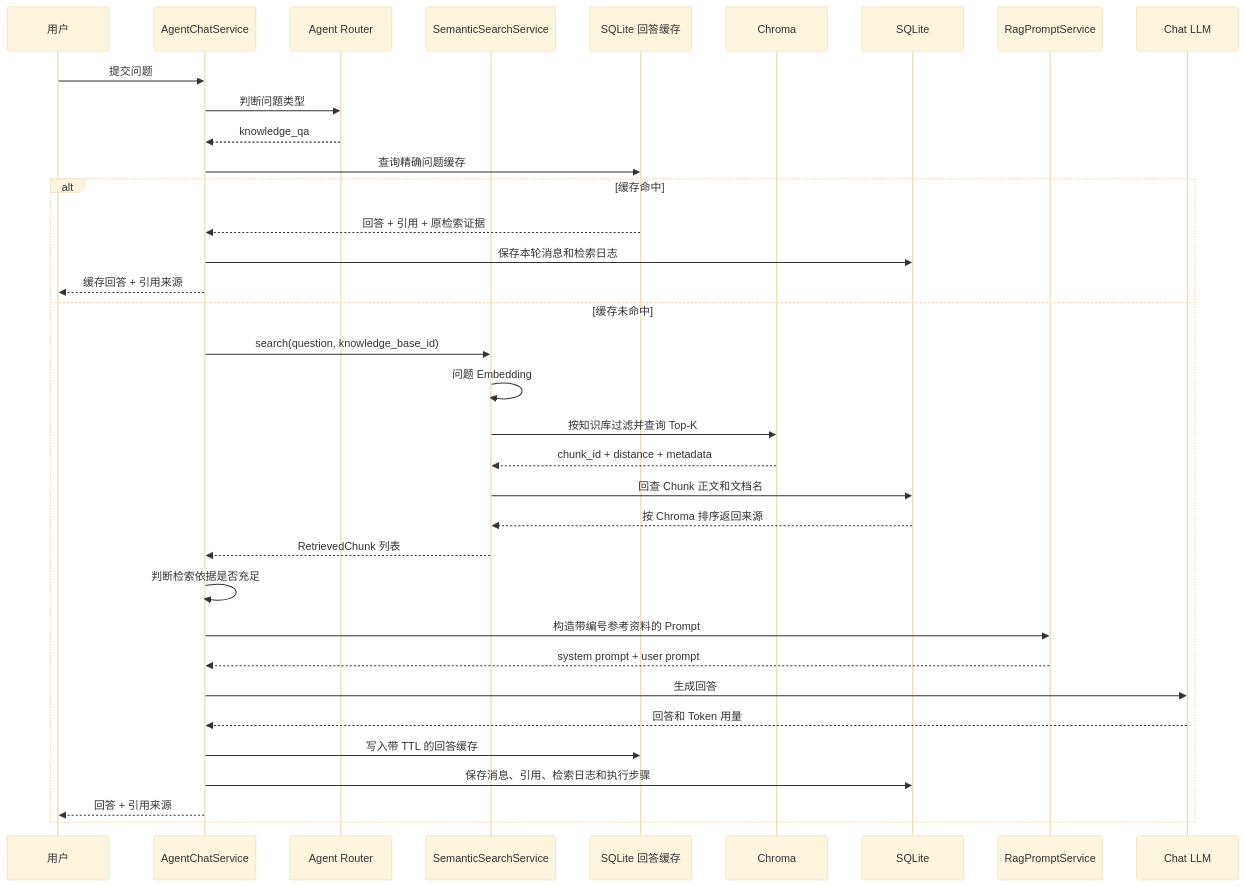
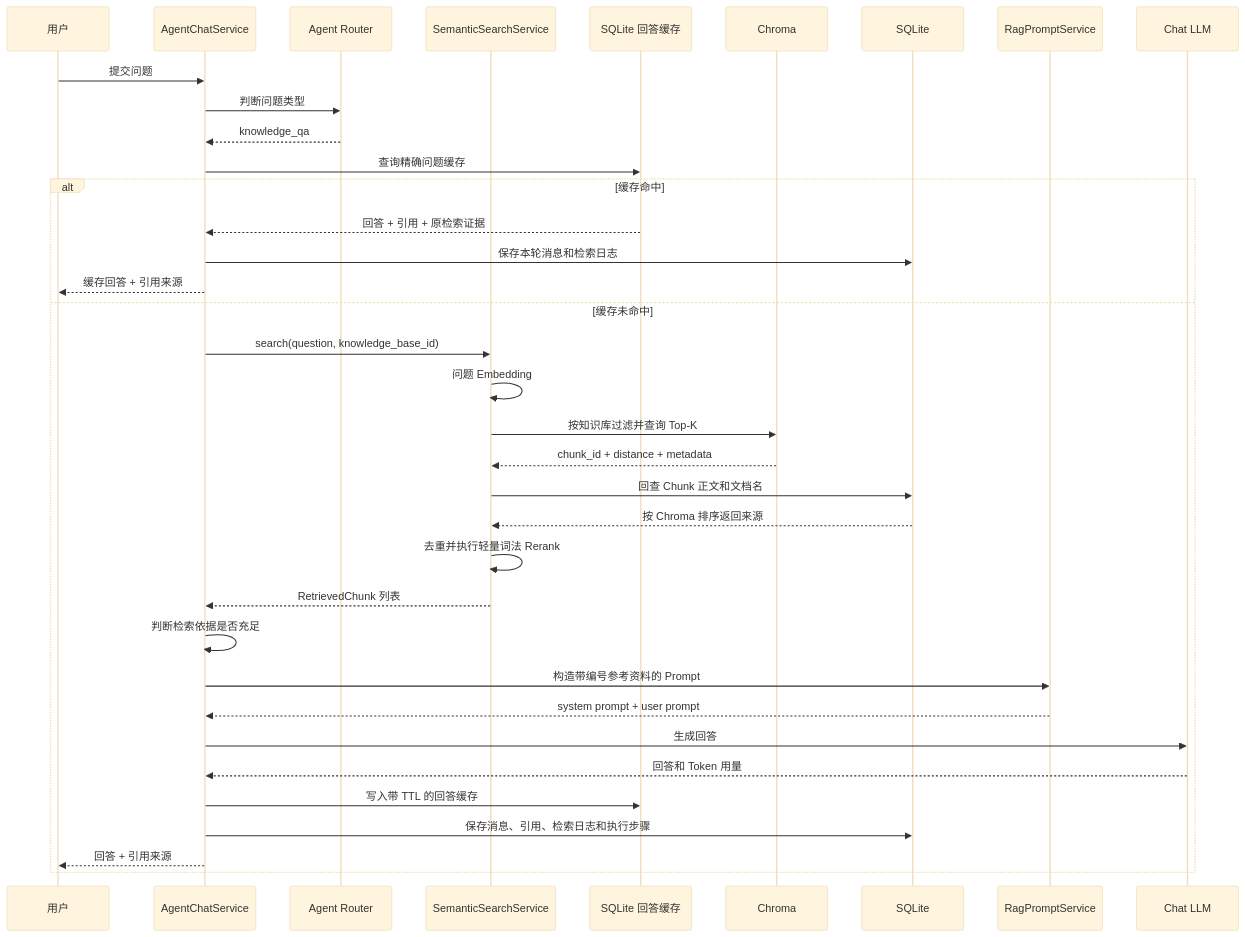
Before and after one commit to dejin-chen/knowflow-ai: the third of 5 diagrams in docs/system_architecture.md, drawn with Mermaid (base theme). The commit also changed other lines of this file and 19 other files, not shown here.

````diff
--- a/docs/system_architecture.md
+++ b/docs/system_architecture.md
@@ -133,38 +133,39 @@
 ```mermaid
 sequenceDiagram
     participant U as 用户
     participant A as AgentChatService
     participant R as Agent Router
     participant S as SemanticSearchService
     participant Cache as SQLite 回答缓存
     participant C as Chroma
     participant DB as SQLite
     participant P as RagPromptService
     participant L as Chat LLM
 
     U->>A: 提交问题
     A->>R: 判断问题类型
     R-->>A: knowledge_qa
     A->>Cache: 查询精确问题缓存
     alt 缓存命中
         Cache-->>A: 回答 + 引用 + 原检索证据
         A->>DB: 保存本轮消息和检索日志
         A-->>U: 缓存回答 + 引用来源
     else 缓存未命中
     A->>S: search(question, knowledge_base_id)
     S->>S: 问题 Embedding
     S->>C: 按知识库过滤并查询 Top-K
     C-->>S: chunk_id + distance + metadata
     S->>DB: 回查 Chunk 正文和文档名
     DB-->>S: 按 Chroma 排序返回来源
+    S->>S: 去重并执行轻量词法 Rerank
     S-->>A: RetrievedChunk 列表
     A->>A: 判断检索依据是否充足
     A->>P: 构造带编号参考资料的 Prompt
     P-->>A: system prompt + user prompt
     A->>L: 生成回答
     L-->>A: 回答和 Token 用量
     A->>Cache: 写入带 TTL 的回答缓存
     A->>DB: 保存消息、引用、检索日志和执行步骤
     A-->>U: 回答 + 引用来源
     end
 ```
````
